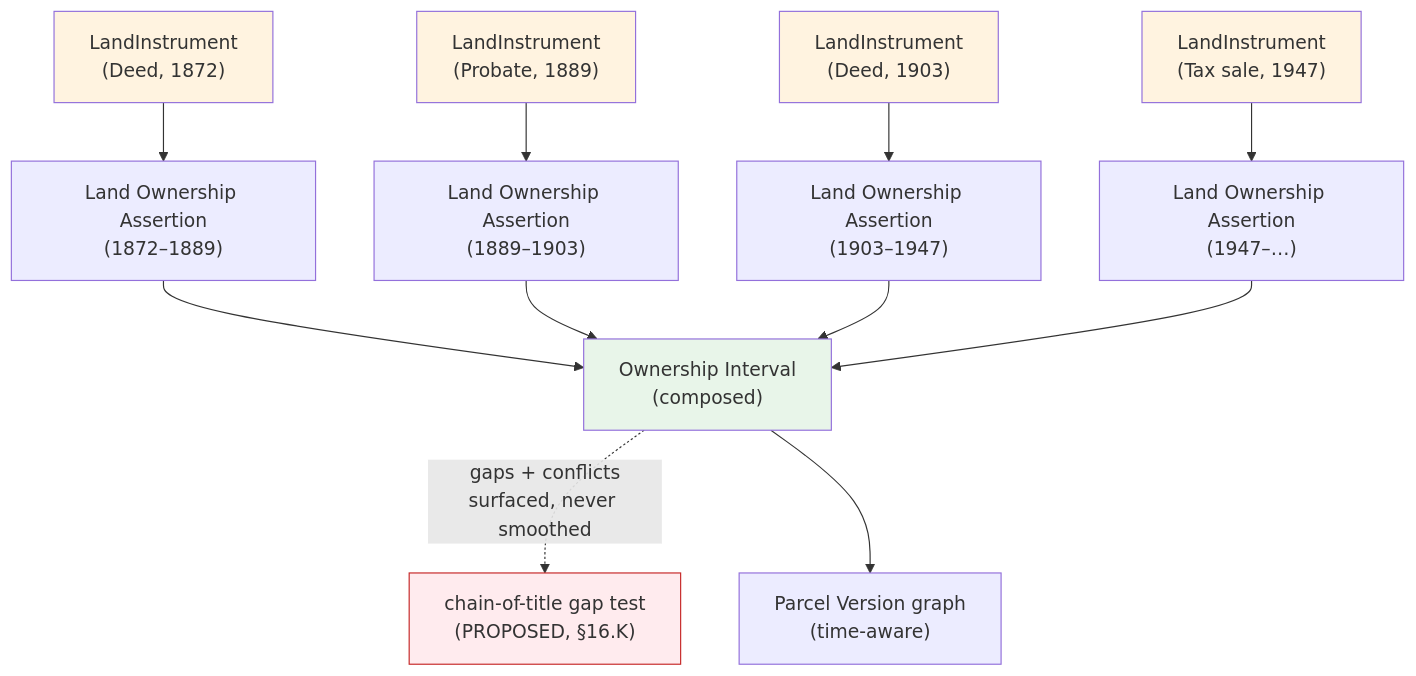
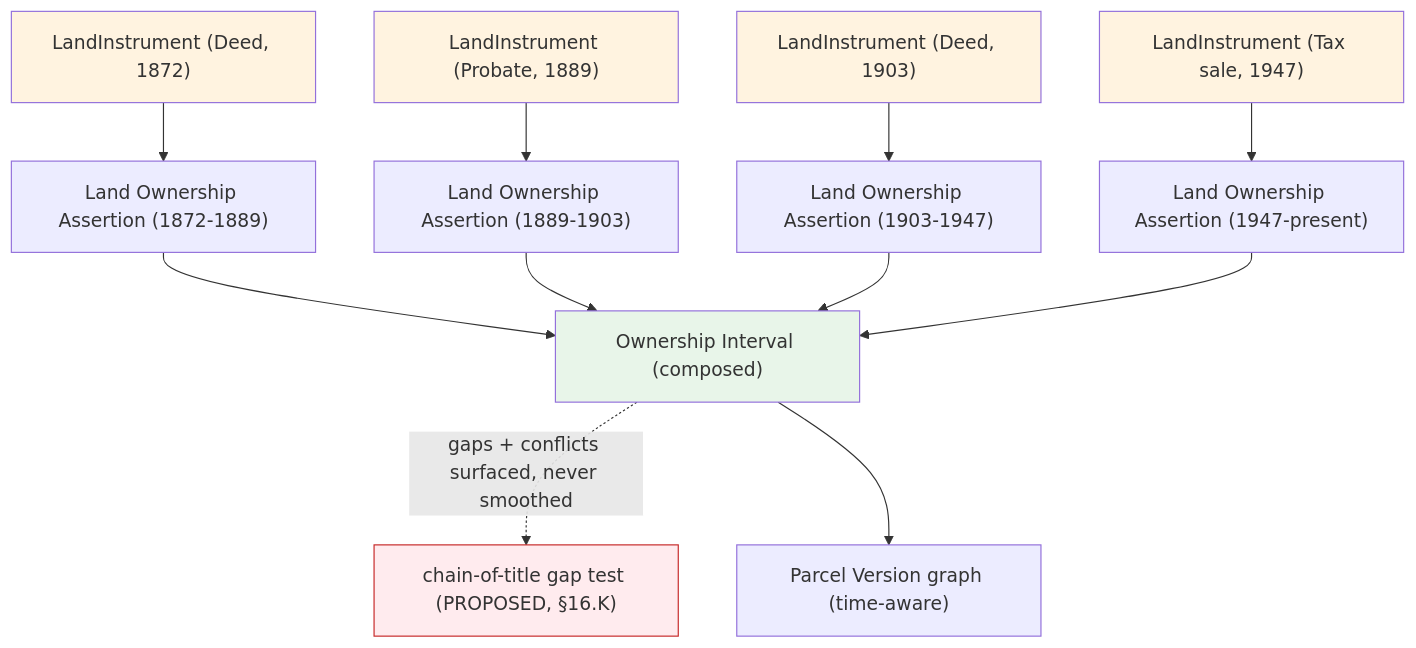
The second of 3 diagrams in docs/domains/people-dna-land/IDENTITY_MODEL.md (bartytime4life/Kansas-Frontier-Matrix), drawn with Mermaid before and after one commit. The commit also changed other lines of this file, not shown here.

````diff
--- a/docs/domains/people-dna-land/IDENTITY_MODEL.md
+++ b/docs/domains/people-dna-land/IDENTITY_MODEL.md
@@ -499,23 +529,23 @@
 ```mermaid
 flowchart TD
-    LI1["LandInstrument<br/>(Deed, 1872)"] --> LOA1["Land Ownership Assertion<br/>(1872–1889)"]
-    LI2["LandInstrument<br/>(Probate, 1889)"] --> LOA2["Land Ownership Assertion<br/>(1889–1903)"]
-    LI3["LandInstrument<br/>(Deed, 1903)"] --> LOA3["Land Ownership Assertion<br/>(1903–1947)"]
-    LI4["LandInstrument<br/>(Tax sale, 1947)"] --> LOA4["Land Ownership Assertion<br/>(1947–…)"]
+    LI1["LandInstrument (Deed, 1872)"] --> LOA1["Land Ownership Assertion (1872-1889)"]
+    LI2["LandInstrument (Probate, 1889)"] --> LOA2["Land Ownership Assertion (1889-1903)"]
+    LI3["LandInstrument (Deed, 1903)"] --> LOA3["Land Ownership Assertion (1903-1947)"]
+    LI4["LandInstrument (Tax sale, 1947)"] --> LOA4["Land Ownership Assertion (1947-present)"]
 
-    LOA1 --> OI["Ownership Interval<br/>(composed)"]
+    LOA1 --> OI["Ownership Interval (composed)"]
     LOA2 --> OI
     LOA3 --> OI
     LOA4 --> OI
 
-    OI -. "gaps + conflicts<br/>surfaced, never smoothed" .-> GAP["chain-of-title gap test<br/>(PROPOSED, §16.K)"]
+    OI -. "gaps + conflicts surfaced, never smoothed" .-> GAP["chain-of-title gap test (PROPOSED, §16.K)"]
 
-    OI --> PV["Parcel Version graph<br/>(time-aware)"]
+    OI --> PV["Parcel Version graph (time-aware)"]
 
     style LI1 fill:#fff3e0
     style LI2 fill:#fff3e0
     style LI3 fill:#fff3e0
     style LI4 fill:#fff3e0
     style OI fill:#e8f5e9
     style GAP fill:#ffebee,stroke:#c62828
 ```
````
